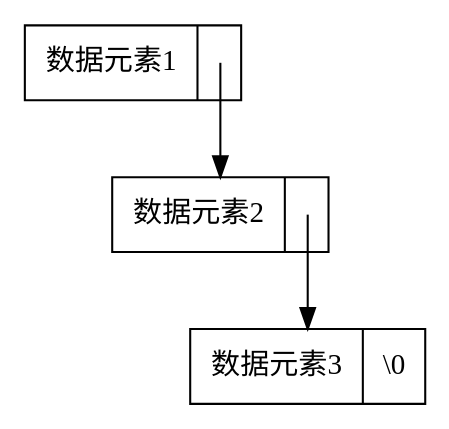
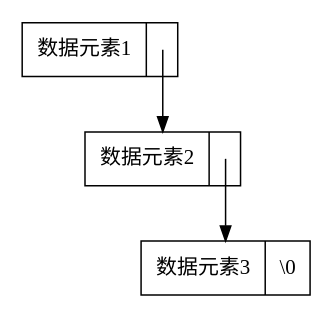
Before and after one commit to xavierwoo/data_structrues_notes: the fourth of 6 diagrams in src/第〇章-绪论.md, drawn with Graphviz. The commit also changed other lines of this file and 3 other files, not shown here.

````diff
--- a/src/第〇章-绪论.md
+++ b/src/第〇章-绪论.md
@@ -113,10 +113,11 @@
 ```dot
 digraph G{
+    size=2
     node [shape = record]
     A [label = "<data> 数据元素1|<p> "];
     B [label = "<data> 数据元素2|<p> "];
     C [label = "<data> 数据元素3|<p> \\0"];
     A:p:c -> B [tailclip=false];
     B:p:c -> C [tailclip=false];
 }
 ```
````
